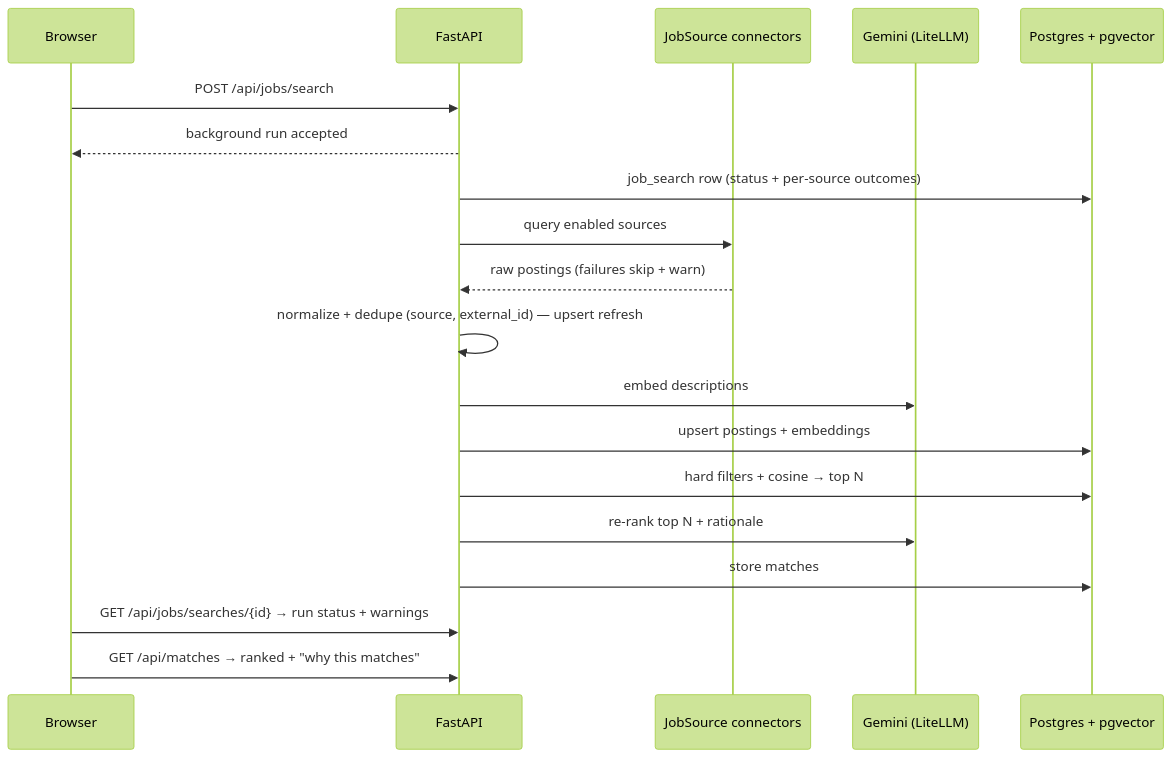
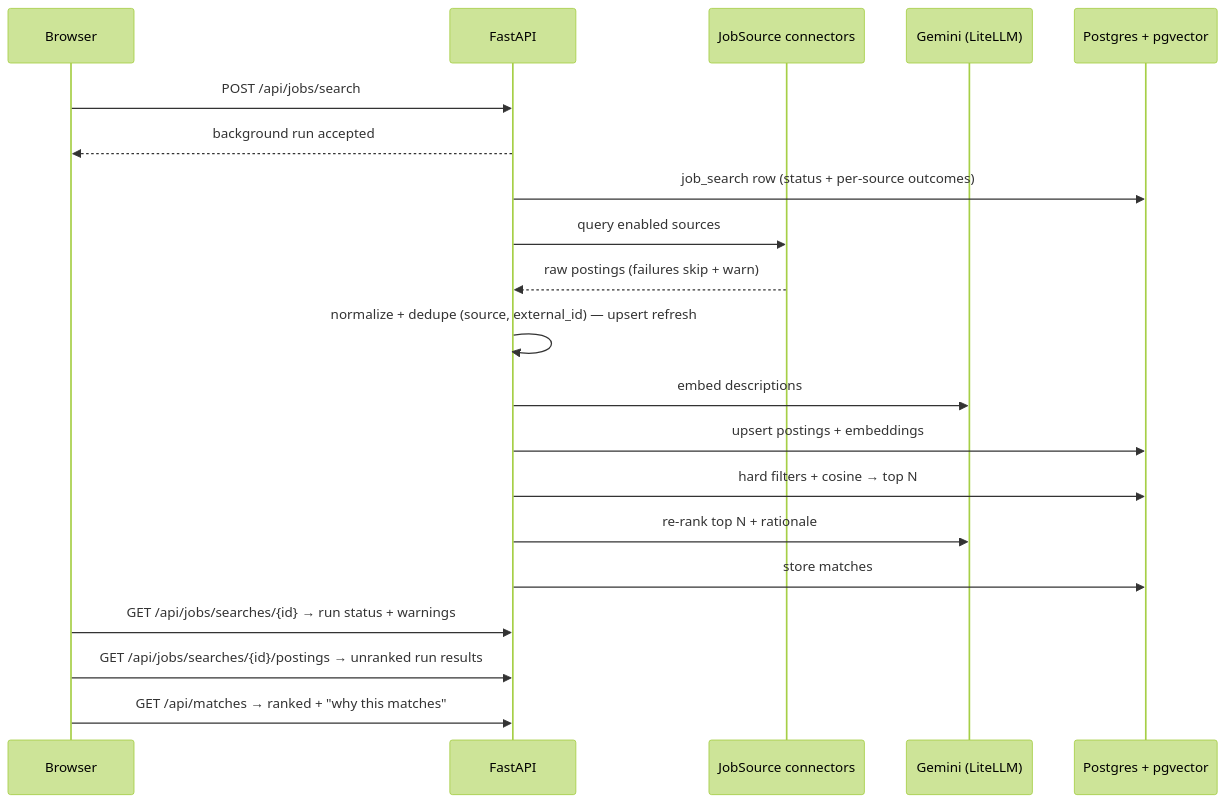
One commit to MSVhora/ai_job_assistant changed the third of 4 diagrams in docs/architecture.md. Above: the diagram before and after it, drawn with Mermaid (forest theme). The commit also changed 4 other files, not shown here.

Commit message:
Document the run results view across architecture, guide, and API surface

````diff
--- a/docs/architecture.md
+++ b/docs/architecture.md
@@ -94,22 +94,23 @@
 ```mermaid
 sequenceDiagram
     participant B as Browser
     participant A as FastAPI
     participant C as JobSource connectors
     participant G as Gemini (LiteLLM)
     participant D as Postgres + pgvector
 
     B->>A: POST /api/jobs/search
     A-->>B: background run accepted
     A->>D: job_search row (status + per-source outcomes)
     A->>C: query enabled sources
     C-->>A: raw postings (failures skip + warn)
     A->>A: normalize + dedupe (source, external_id) — upsert refresh
     A->>G: embed descriptions
     A->>D: upsert postings + embeddings
     A->>D: hard filters + cosine → top N
     A->>G: re-rank top N + rationale
     A->>D: store matches
     B->>A: GET /api/jobs/searches/{id} → run status + warnings
+    B->>A: GET /api/jobs/searches/{id}/postings → unranked run results
     B->>A: GET /api/matches → ranked + "why this matches"
 ```
````
